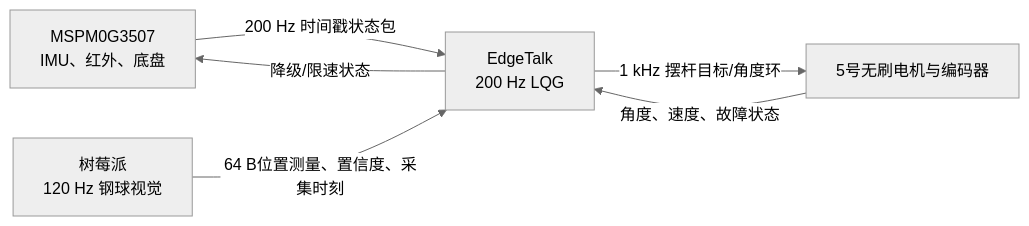
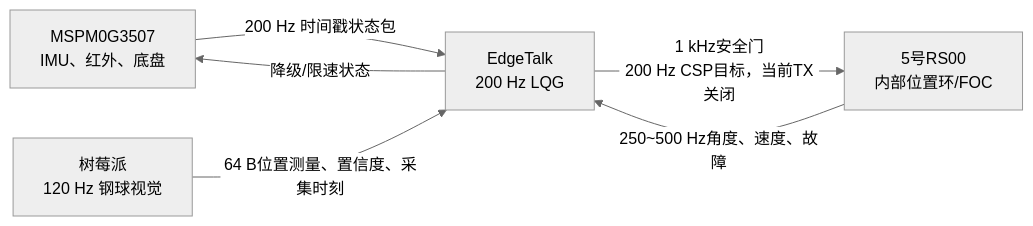
Before and after one commit to HalloYang06/2026_TI: the diagram in README.md, drawn with Mermaid (neutral theme). The commit also changed other lines of this file and 3 other files, not shown here.

````diff
--- a/README.md
+++ b/README.md
@@ -17,8 +17,8 @@
 ```mermaid
 flowchart LR
     M["MSPM0G3507<br/>IMU、红外、底盘"] -->|"200 Hz 时间戳状态包"| E["EdgeTalk<br/>200 Hz LQG"]
     P["树莓派<br/>120 Hz 钢球视觉"] -->|"64 B位置测量、置信度、采集时刻"| E
-    E -->|"1 kHz 摆杆目标/角度环"| B["5号无刷电机与编码器"]
-    B -->|"角度、速度、故障状态"| E
+    E -->|"1 kHz安全门<br/>200 Hz CSP目标，当前TX关闭"| B["5号RS00<br/>内部位置环/FOC"]
+    B -->|"250~500 Hz角度、速度、故障"| E
     E -->|"降级/限速状态"| M
 ```
````
